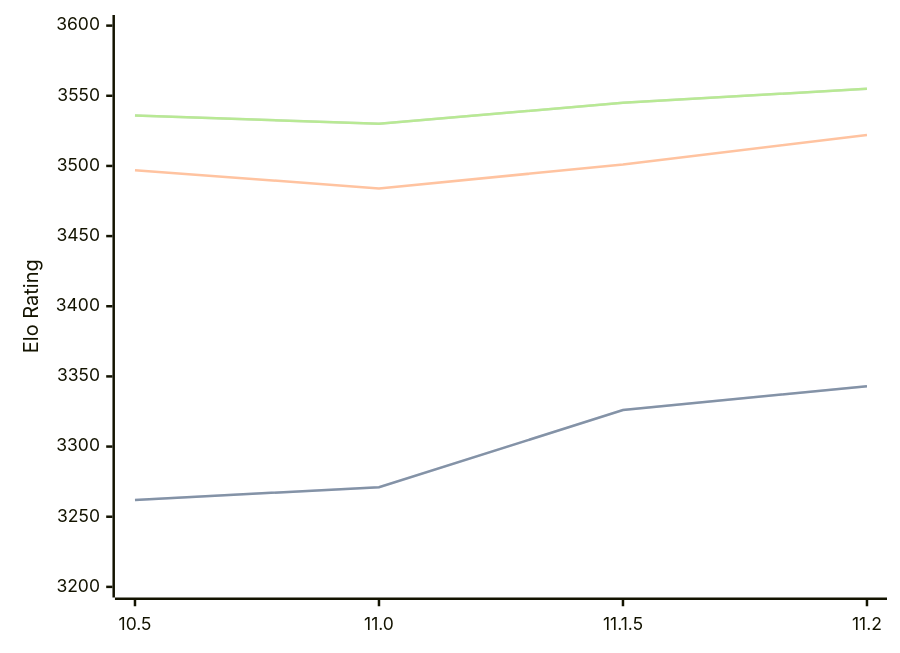
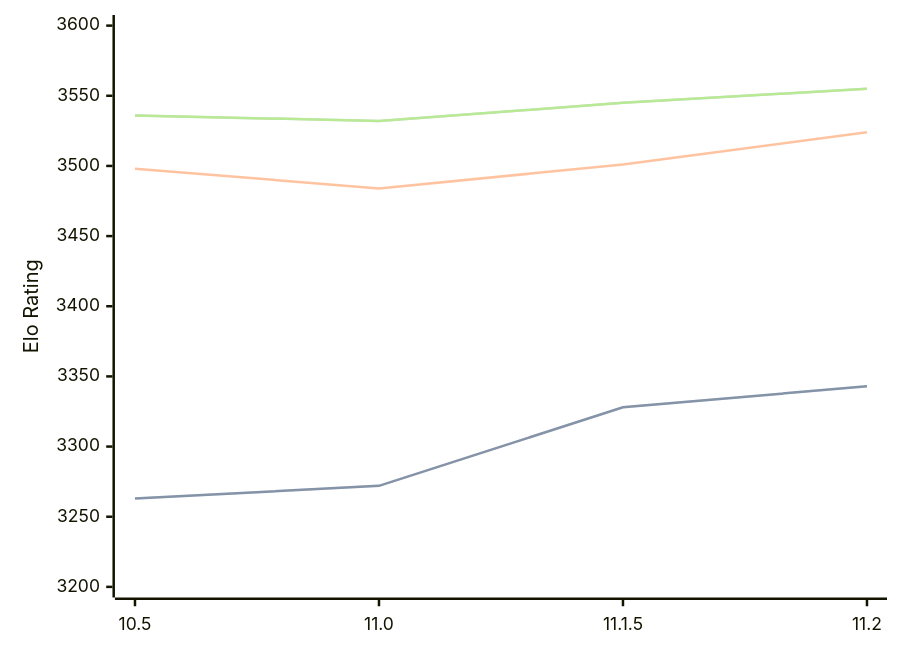
The diagram in engines/Lizard.md (computer-chess-index/cci), drawn with Mermaid before and after one commit. The commit also changed other lines of this file, not shown here.

Commit message:
Update CCI Ratings (ELO VLTC) - 2026-05-01

````diff
--- a/engines/Lizard.md
+++ b/engines/Lizard.md
@@ -46,11 +46,11 @@
 ```mermaid
 %%{init: {"theme":"base","themeVariables":{"seriesColors:['#a3a3a3','#222221','#faa371']}}}%%
 xychart-beta
   x-axis ["10.5", "11.0", "11.1.5", "11.2"]
   y-axis "Elo Rating" 3200 --> 3600
-  line "STC (8.0+0.08s)" [3262, 3271, 3326, 3343]
-  line "STC (8.0+0.08s)" [3262, 3271, 3326, 3343]
-  line "LTC (60.0+0.60s)" [3497, 3484, 3501, 3522]
-  line "VLTC (2m24s+1.12s)" [3536, 3530, 3545, 3555]
-  line "VLTC (2m24s+1.12s)" [3536, 3530, 3545, 3555]
+  line "STC (8.0+0.08s)" [3263, 3272, 3328, 3343]
+  line "STC (8.0+0.08s)" [3263, 3272, 3328, 3343]
+  line "LTC (60.0+0.60s)" [3498, 3484, 3501, 3524]
+  line "VLTC (2m24s+1.12s)" [3536, 3532, 3545, 3555]
+  line "VLTC (2m24s+1.12s)" [3536, 3532, 3545, 3555]
 ```
````
